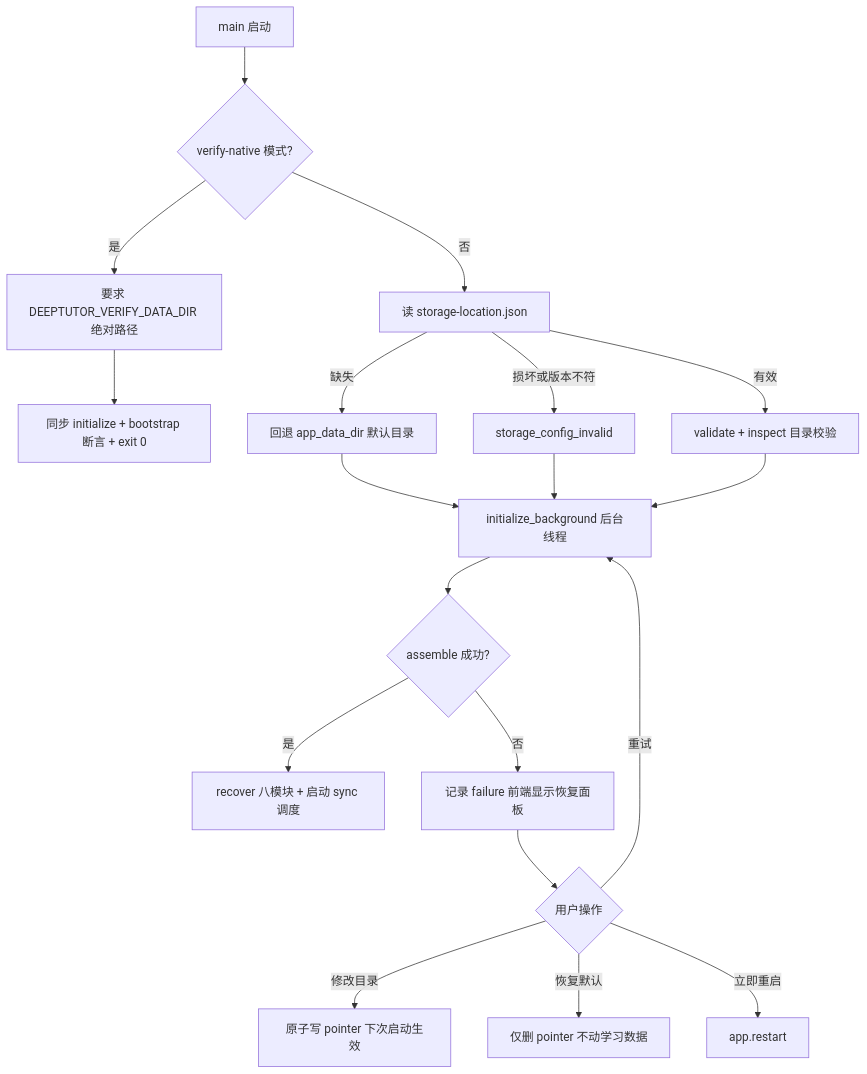
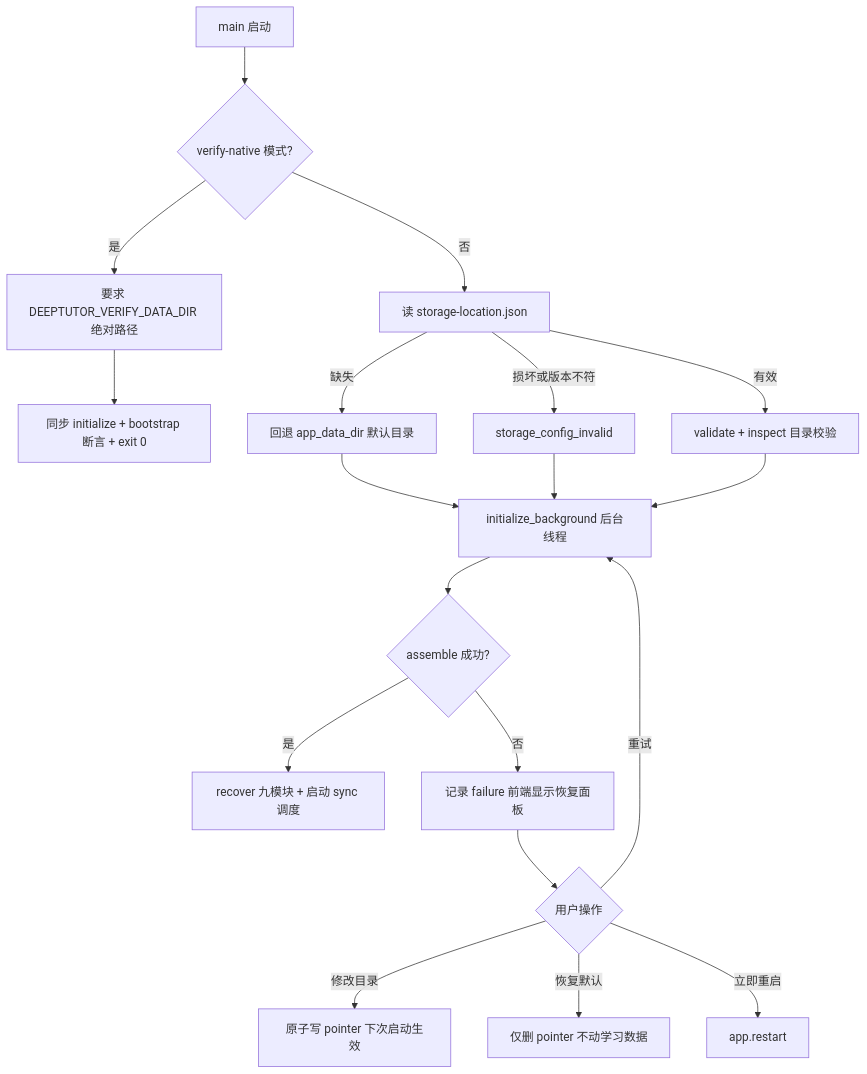
Before and after one commit to hershate/Deep-tutor: the second of 23 diagrams in docs/architecture/02-operation-principles.md, drawn with Mermaid. The commit also changed other lines of this file and 6 other files, not shown here.

````diff
--- a/docs/architecture/02-operation-principles.md
+++ b/docs/architecture/02-operation-principles.md
@@ -32,21 +32,21 @@
 ```mermaid
 flowchart TD
     A[main 启动] --> B{verify-native 模式?}
     B -->|是| C[要求 DEEPTUTOR_VERIFY_DATA_DIR 绝对路径]
     C --> D[同步 initialize + bootstrap 断言 + exit 0]
     B -->|否| E[读 storage-location.json]
     E -->|缺失| F[回退 app_data_dir 默认目录]
     E -->|损坏或版本不符| G[storage_config_invalid]
     E -->|有效| H[validate + inspect 目录校验]
     F --> I[initialize_background 后台线程]
     G --> I
     H --> I
     I --> J{assemble 成功?}
-    J -->|是| K[recover 八模块 + 启动 sync 调度]
+    J -->|是| K[recover 九模块 + 启动 sync 调度]
     J -->|否| L[记录 failure 前端显示恢复面板]
     L --> M{用户操作}
     M -->|重试| I
     M -->|修改目录| N[原子写 pointer 下次启动生效]
     M -->|恢复默认| O[仅删 pointer 不动学习数据]
     M -->|立即重启| P[app.restart]
 ```
````
